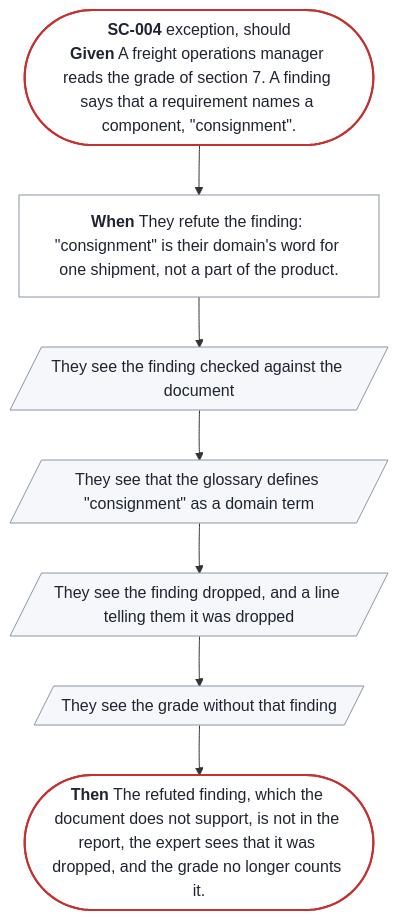
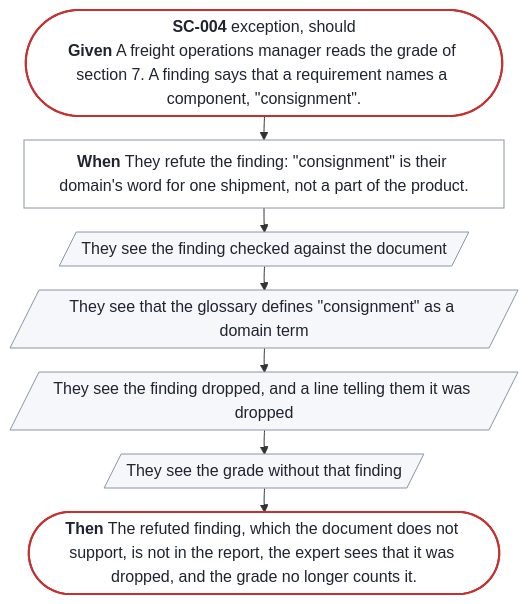
The diagram in docs/prd/prd-forge/diagrams/SC-004.mmd (SpillwaveSolutions/prd-forge), drawn with Mermaid before and after one commit. The commit also changed 83 other files, not shown here.

```diff
--- a/docs/prd/prd-forge/diagrams/SC-004.mmd
+++ b/docs/prd/prd-forge/diagrams/SC-004.mmd
@@ -1,20 +1,20 @@
 %% Generated by prd-diagrams.mjs from the scenario front matter. Do not edit.
-%%{init: {"flowchart": {"wrappingWidth": 300}}}%%
+%%{init: {"flowchart": {"wrappingWidth": 440, "rankSpacing": 24, "nodeSpacing": 30, "padding": 10}}}%%
 flowchart TB
   start(["<b>SC-004</b> exception, should<br/><b>Given</b> A freight operations manager reads the grade of section 7. A finding says that a requirement names a component, #quot;consignment#quot;."])
   trigger["<b>When</b> They refute the finding: #quot;consignment#quot; is their domain's word for one shipment, not a part of the product."]
   s0[/"They see the finding checked against the document"/]
   s1[/"They see that the glossary defines #quot;consignment#quot; as a domain term"/]
   s2[/"They see the finding dropped, and a line telling them it was dropped"/]
   s3[/"They see the grade without that finding"/]
   done(["<b>Then</b> The refuted finding, which the document does not support, is not in the report, the expert sees that it was dropped, and the grade no longer counts it."])
   start --> trigger --> s0 --> s1 --> s2 --> s3 --> done
   classDef ends fill:#FFFFFF,stroke:#C53030,stroke-width:2px,color:#1F2430
   classDef sees fill:#F5F7FA,stroke:#8A94A6,color:#1F2430
   classDef does fill:#FFFFFF,stroke:#8A94A6,color:#1F2430
   class start,done ends
   class s0 sees
   class s1 sees
   class s2 sees
   class s3 sees
   class trigger does
```
